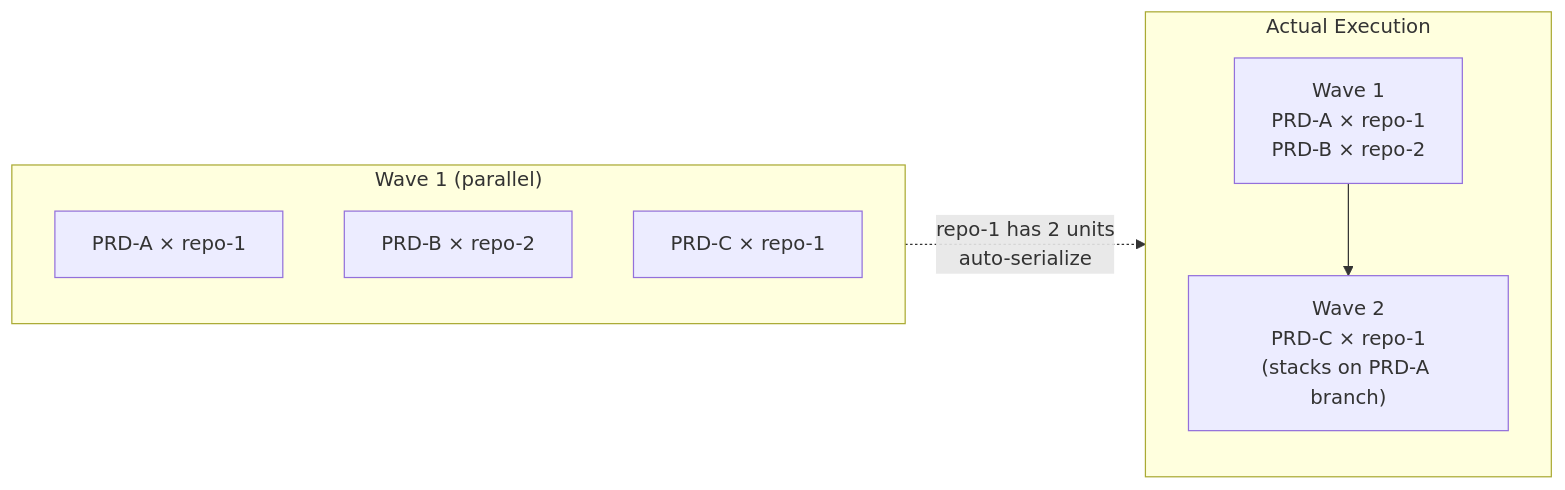
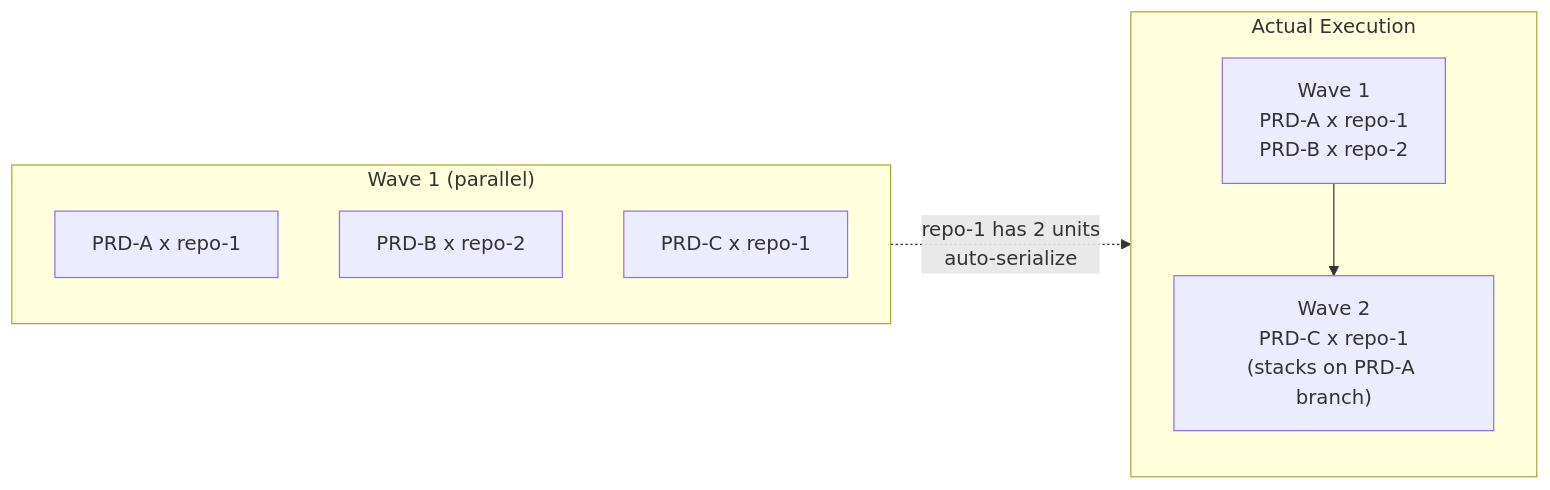
One commit to delehner/wisp changed the sixth of 8 diagrams in docs/pipeline-overview.md. Above: the diagram before and after it, drawn with Mermaid. The commit also changed other lines of this file and 53 other files, not shown here.

````diff
--- a/docs/pipeline-overview.md
+++ b/docs/pipeline-overview.md
@@ -245,15 +250,15 @@
 ```mermaid
 flowchart LR
     subgraph Wave1["Wave 1 (parallel)"]
-        U1["PRD-A × repo-1"]
-        U2["PRD-B × repo-2"]
-        U3["PRD-C × repo-1"]
+        U1["PRD-A x repo-1"]
+        U2["PRD-B x repo-2"]
+        U3["PRD-C x repo-1"]
     end
 
     subgraph Actual["Actual Execution"]
-        W1["Wave 1\nPRD-A × repo-1\nPRD-B × repo-2"]
-        W1 --> W2["Wave 2\nPRD-C × repo-1\n(stacks on PRD-A branch)"]
+        W1["Wave 1\nPRD-A x repo-1\nPRD-B x repo-2"]
+        W1 --> W2["Wave 2\nPRD-C x repo-1\n(stacks on PRD-A branch)"]
     end
 
     Wave1 -.->|"repo-1 has 2 units\nauto-serialize"| Actual
 ```
````
